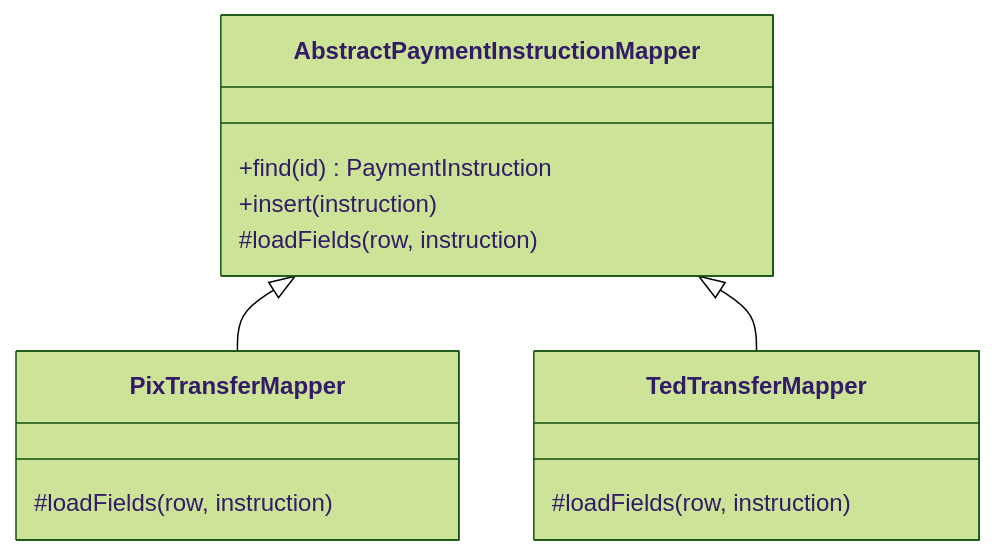
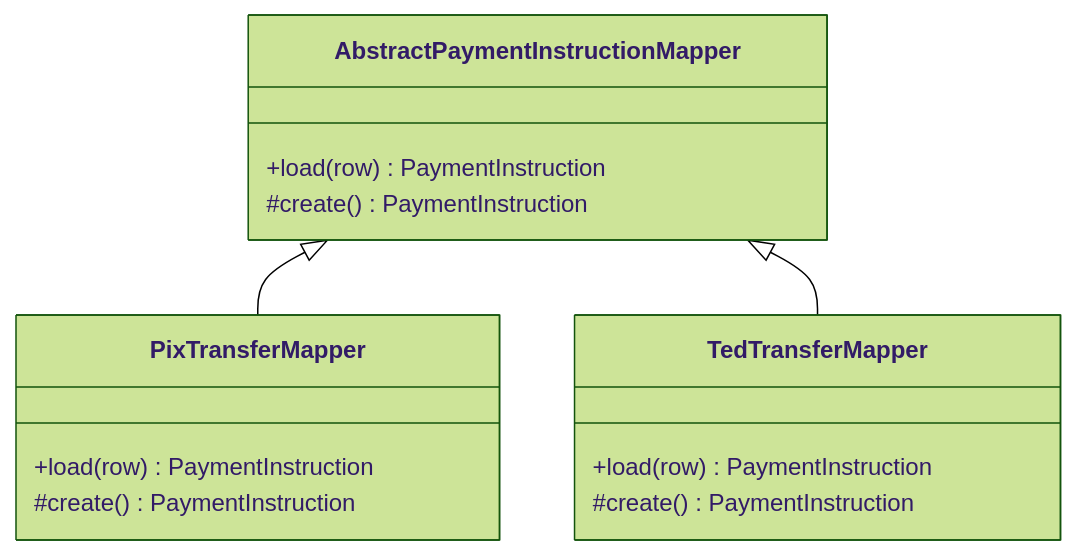
One commit to alancesar/design-patterns changed the diagram in i18n/en/docusaurus-plugin-content-docs/current/design/poeaa/object-relational-structural/inheritance-mappers.md. Above: the diagram before and after it, drawn with Mermaid (forest theme). The commit also changed other lines of this file and 28 other files, not shown here.

Commit message:
Fix PoEAA review findings: gateway example bug, diagrams aligned with code

````diff
--- a/i18n/en/docusaurus-plugin-content-docs/current/design/poeaa/object-relational-structural/inheritance-mappers.md
+++ b/i18n/en/docusaurus-plugin-content-docs/current/design/poeaa/object-relational-structural/inheritance-mappers.md
@@ -51,16 +51,17 @@
 ```mermaid
 classDiagram
     class AbstractPaymentInstructionMapper {
-        +find(id) PaymentInstruction
-        +insert(instruction)
-        #loadFields(row, instruction)
+        +load(row) PaymentInstruction
+        #create() PaymentInstruction
     }
     class PixTransferMapper {
-        #loadFields(row, instruction)
+        +load(row) PaymentInstruction
+        #create() PaymentInstruction
     }
     class TedTransferMapper {
-        #loadFields(row, instruction)
+        +load(row) PaymentInstruction
+        #create() PaymentInstruction
     }
     AbstractPaymentInstructionMapper <|-- PixTransferMapper
     AbstractPaymentInstructionMapper <|-- TedTransferMapper
 ```
````
